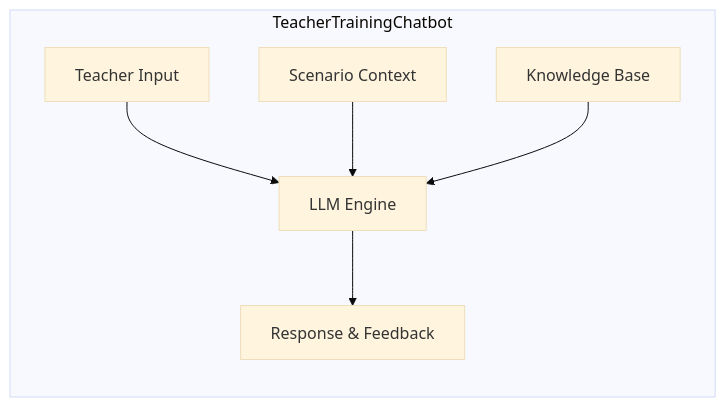
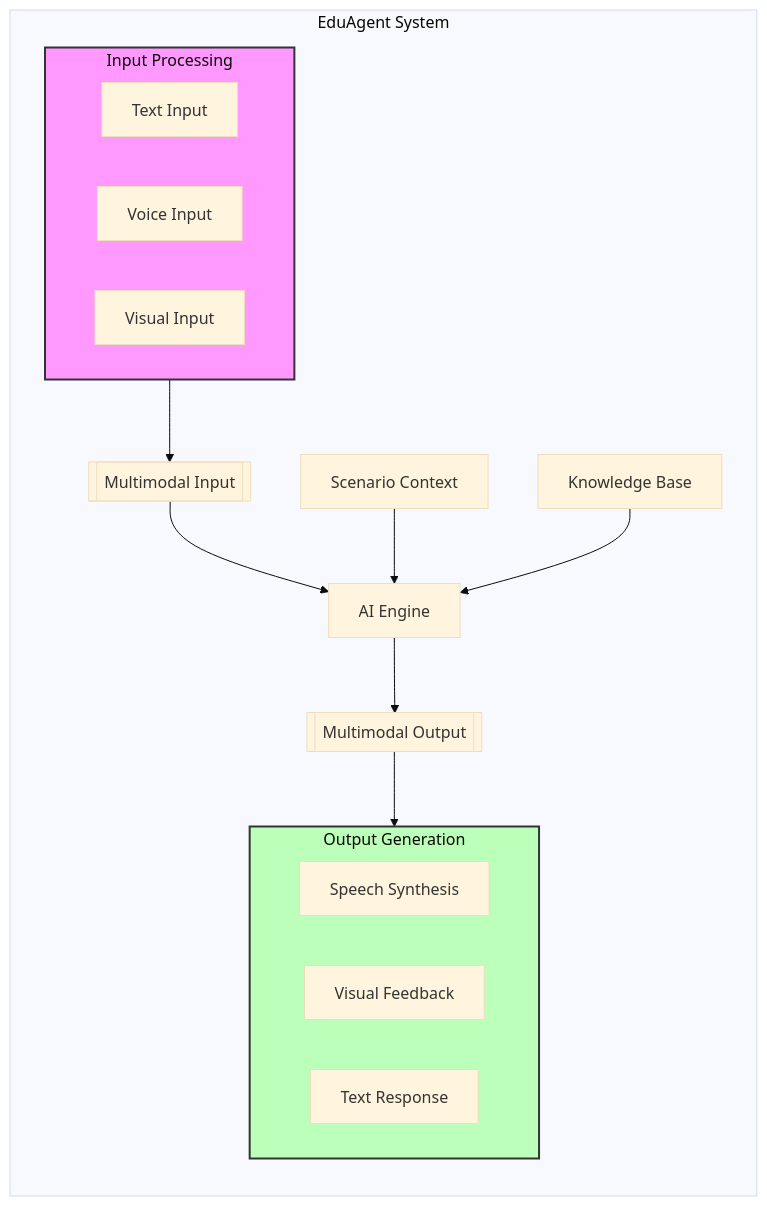
The sixth of 14 diagrams in README.md (UVU-AI-Innovate/teacher-training-chatbot), drawn with Mermaid (base theme) before and after one commit. The commit also changed other lines of this file, not shown here.

First line of the commit message:
Evolve EduAgent architecture to multimodal AI-powered training simulator

````diff
--- a/README.md
+++ b/README.md
@@ -221,16 +221,33 @@
      ```mermaid
      graph TB
-         subgraph Chatbot["TeacherTrainingChatbot"]
+         subgraph Agent["EduAgent System"]
              direction TB
-             Input[Teacher Input]
+             Input[["Multimodal Input"]]
              Context[Scenario Context]
-             LLM[LLM Engine]
+             AI[AI Engine]
              KB[Knowledge Base]
-             Output[Response & Feedback]
+             Output[["Multimodal Output"]]
              
-             Input --> LLM
-             Context --> LLM
-             KB --> LLM
-             LLM --> Output
+             subgraph Inputs["Input Processing"]
+                 Text[Text Input]
+                 Voice[Voice Input]
+                 Visual[Visual Input]
+             end
+             
+             subgraph Outputs["Output Generation"]
+                 Speech[Speech Synthesis]
+                 Animation[Visual Feedback]
+                 Text2[Text Response]
+             end
+             
+             Inputs --> Input
+             Input --> AI
+             Context --> AI
+             KB --> AI
+             AI --> Output
+             Output --> Outputs
          end
+
+         style Inputs fill:#f9f,stroke:#333,stroke-width:2px
+         style Outputs fill:#bfb,stroke:#333,stroke-width:2px
      ```
````
